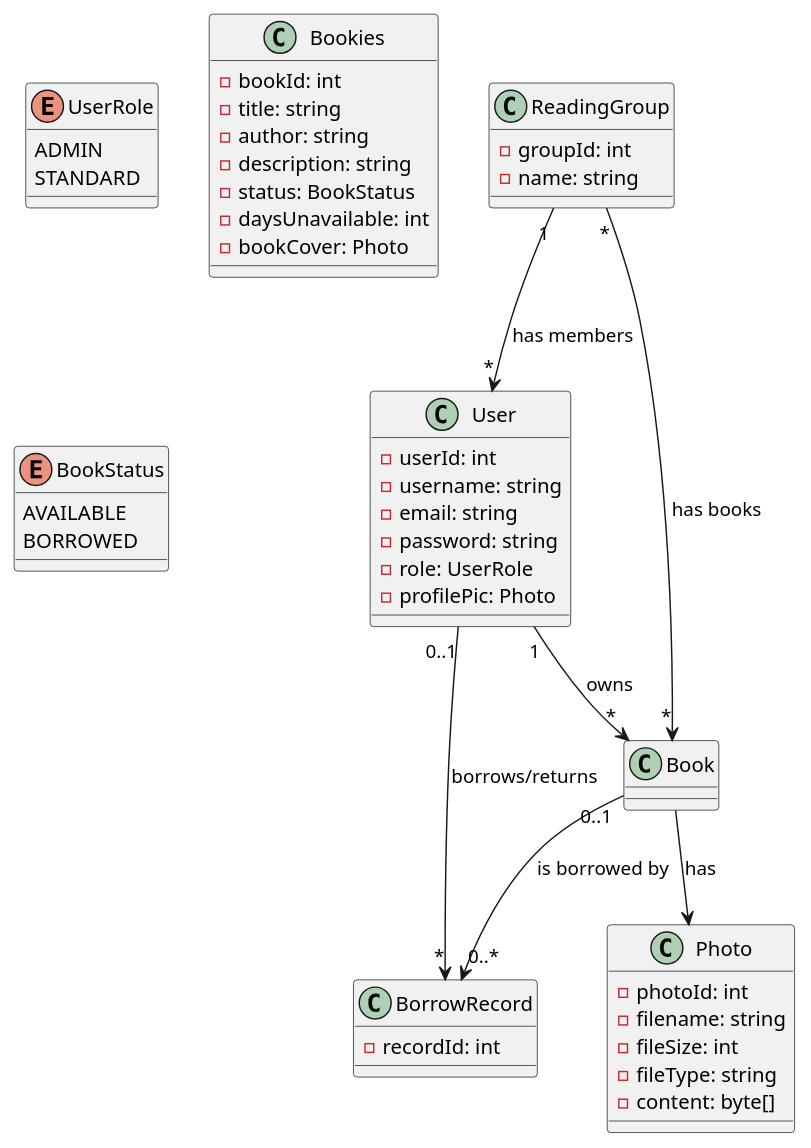
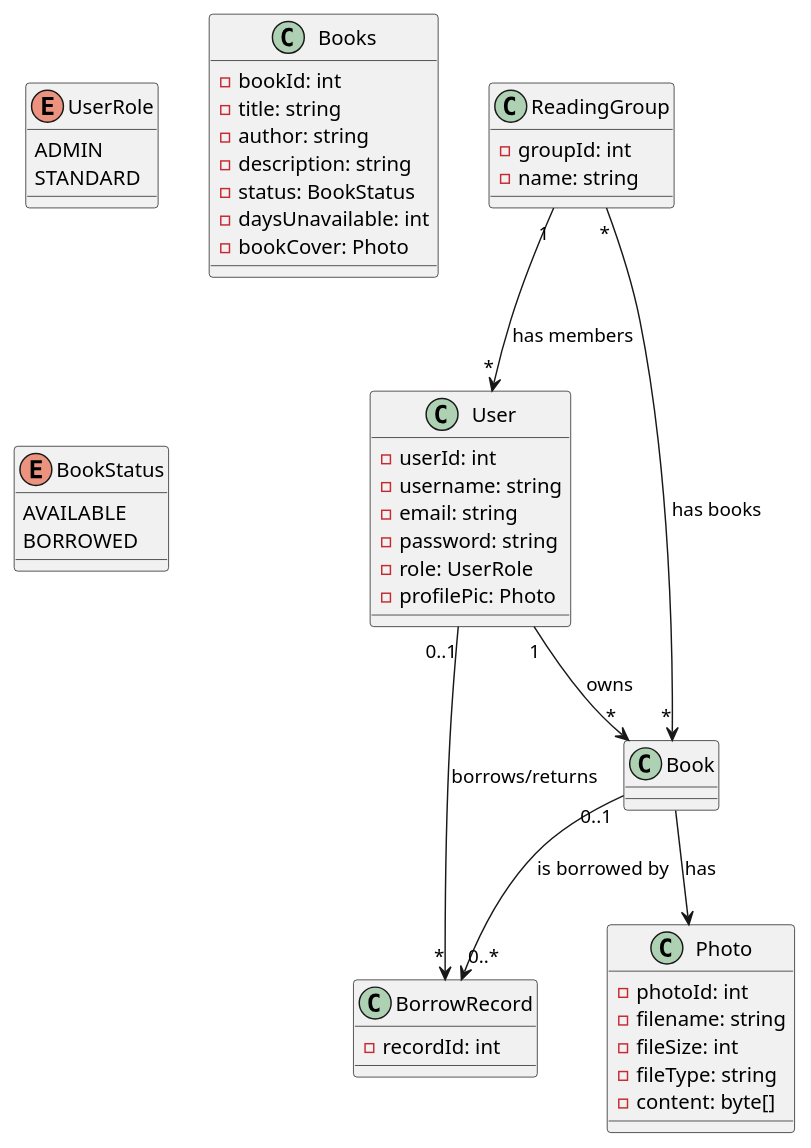
The diagram in src/main/plantuml/pos-project.puml (magdalinamihova/temp1), drawn with PlantUML before and after one commit.

Commit message:
changed back to books

```diff
--- a/src/main/plantuml/pos-project.puml
+++ b/src/main/plantuml/pos-project.puml
@@ -1,56 +1,56 @@
 @startuml
 
 class User {
   -userId: int
   -username: string
   -email: string
   -password: string
   -role: UserRole
   -profilePic: Photo
 }
 
 enum UserRole {
   ADMIN
   STANDARD
 }
 
-class Bookies {
+class Books {
   -bookId: int
   -title: string
   -author: string
   -description: string
   -status: BookStatus
   -daysUnavailable: int
   -bookCover: Photo
 }
 
 enum BookStatus {
   AVAILABLE
   BORROWED
 }
 
 class ReadingGroup {
   -groupId: int
   -name: string
 }
 
 class BorrowRecord {
   -recordId: int
 }
 
 class Photo {
   -photoId: int
   -filename: string
   -fileSize: int
   -fileType: string
   -content: byte[]
 }
 
 User "1" --> "*" Book : owns
 User "0..1" --> "*" BorrowRecord : borrows/returns
 Book "0..1" --> "0..*" BorrowRecord : is borrowed by
 Book --> Photo : has
 ReadingGroup "*" --> "*" Book : has books
 ReadingGroup "1" --> "*" User : has members
 
 @enduml
```
